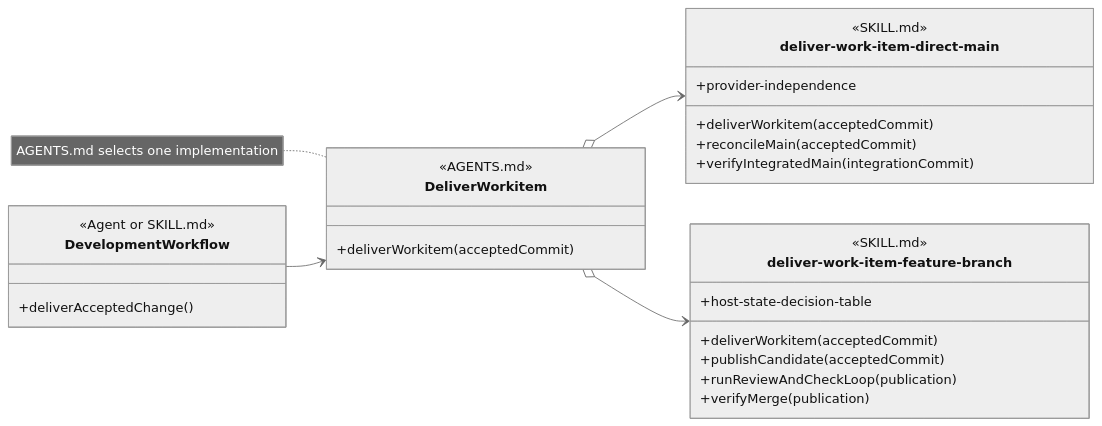
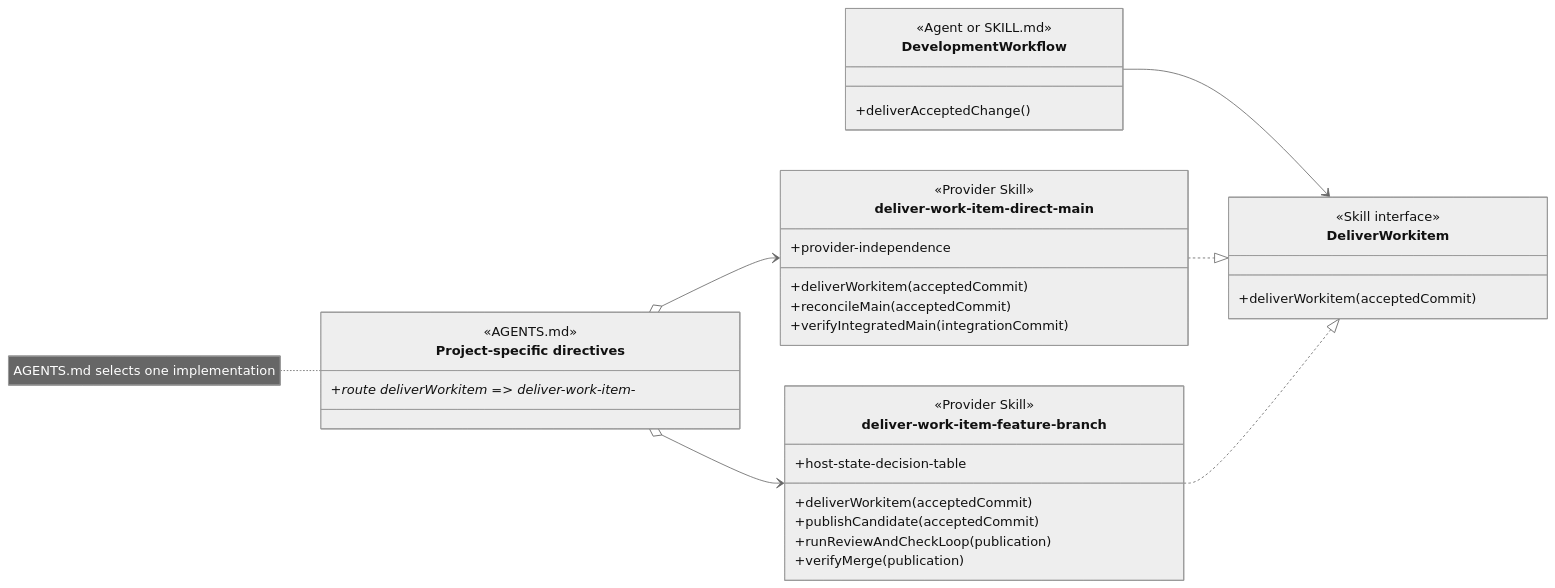
Before and after one commit to martinbechard/dev-methodology: diagram 14 of 16 in design/object-oriented-agent-and-skill-model.md, drawn with Mermaid (neutral theme). The commit also changed other lines of this file and 8 other files, not shown here.

````diff
--- a/design/object-oriented-agent-and-skill-model.md
+++ b/design/object-oriented-agent-and-skill-model.md
@@ -632,39 +647,45 @@
 ```mermaid
 classDiagram
     direction LR
 
     class DevelopmentWorkflow {
         <<Agent or SKILL.md>>
         +deliverAcceptedChange()
     }
 
     class DeliverWorkitem {
-        <<AGENTS.md>>
+        <<Skill interface>>
         +deliverWorkitem(acceptedCommit)
     }
 
+    class project-specific-directives["Project-specific directives"] {
+        <<AGENTS.md>>
+        <<routing>>
+        +route deliverWorkitem => deliver-work-item-*
+    }
+
     class deliver-work-item-direct-main {
-        <<SKILL.md>>
-        <<Injectable Skill>>
+        <<Provider Skill>>
         +deliverWorkitem(acceptedCommit)
         +reconcileMain(acceptedCommit)
         +verifyIntegratedMain(integrationCommit)
         +provider-independence
     }
 
     class deliver-work-item-feature-branch {
-        <<SKILL.md>>
-        <<Injectable Skill>>
+        <<Provider Skill>>
         +deliverWorkitem(acceptedCommit)
         +publishCandidate(acceptedCommit)
         +runReviewAndCheckLoop(publication)
         +verifyMerge(publication)
         +host-state-decision-table
     }
 
     DevelopmentWorkflow --> DeliverWorkitem
-    DeliverWorkitem o--> deliver-work-item-direct-main
-    DeliverWorkitem o--> deliver-work-item-feature-branch
+    project-specific-directives o--> deliver-work-item-direct-main
+    project-specific-directives o--> deliver-work-item-feature-branch
+    deliver-work-item-direct-main ..|> DeliverWorkitem
+    deliver-work-item-feature-branch ..|> DeliverWorkitem
 
-    note for DeliverWorkitem "AGENTS.md selects one implementation"
+    note for project-specific-directives "AGENTS.md selects one implementation"
 ```
````
